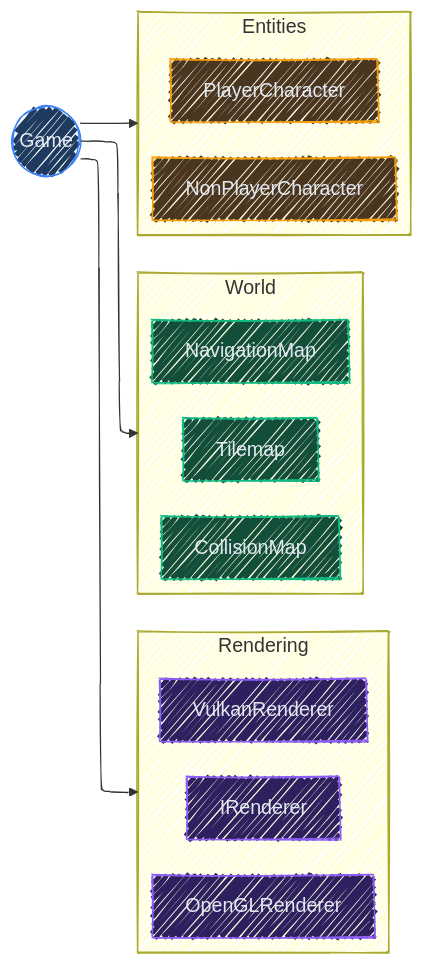
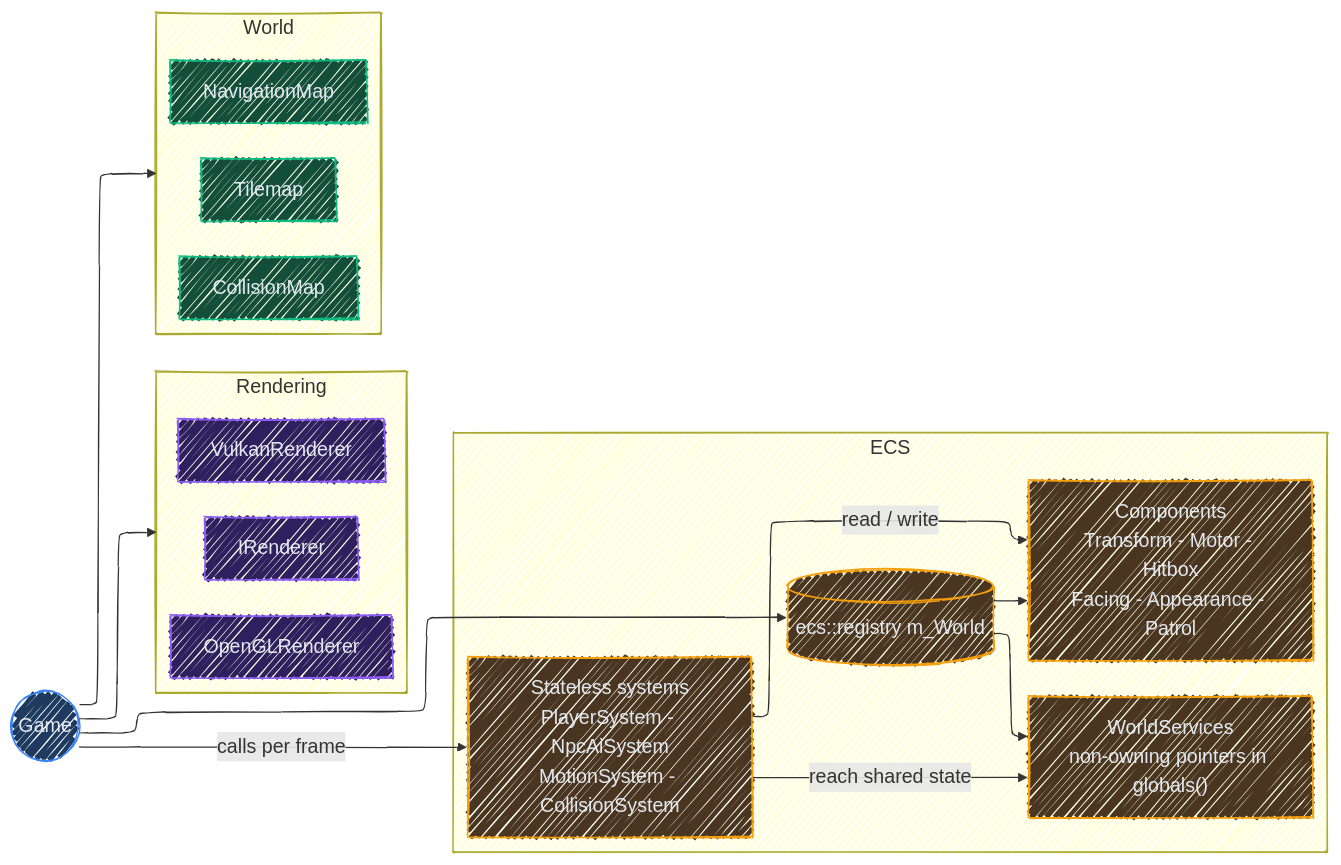
Before and after one commit to baaz777/rift: the fourth of 5 diagrams in README.md, drawn with Mermaid. The commit also changed other lines of this file, not shown here.

Commit message:
📝 Rewrite the README for console-driven controls and the ECS

````diff
--- a/README.md
+++ b/README.md
@@ -316,38 +341,45 @@
 ```mermaid
 ---
 config:
   look: handDrawn
   theme: mc
   themeVariables:
     fontSize: 18px
   layout: elk
 ---
 graph LR
     classDef core fill:#1e3a5f,stroke:#3b82f6,color:#e2e8f0
     classDef render fill:#2e1f5e,stroke:#8b5cf6,color:#e2e8f0
     classDef world fill:#134e3a,stroke:#10b981,color:#e2e8f0
     classDef entity fill:#4a3520,stroke:#f59e0b,color:#e2e8f0
 
     Game((Game)):::core
 
     subgraph Rendering["Rendering"]
         IRenderer[IRenderer]:::render
         OpenGL[OpenGLRenderer]:::render
         Vulkan[VulkanRenderer]:::render
     end
 
     subgraph World["World"]
         Tilemap[Tilemap]:::world
         Collision[CollisionMap]:::world
         Navigation[NavigationMap]:::world
     end
 
-    subgraph Entities["Entities"]
-        Player[PlayerCharacter]:::entity
-        NPC[NonPlayerCharacter]:::entity
+    subgraph Entities["ECS"]
+        Registry[("ecs::registry m_World")]:::entity
+        Components["Components<br/>Transform - Motor - Hitbox<br/>Facing - Appearance - Patrol"]:::entity
+        Systems["Stateless systems<br/>PlayerSystem - NpcAiSystem<br/>MotionSystem - CollisionSystem"]:::entity
+        Services["WorldServices<br/>non-owning pointers in globals()"]:::entity
     end
 
     Game --> Rendering
     Game --> World
-    Game --> Entities
+    Game --> Registry
+    Game -->|calls per frame| Systems
+    Registry --> Components
+    Registry --> Services
+    Systems -->|read / write| Components
+    Systems -->|reach shared state| Services
 ```
````
